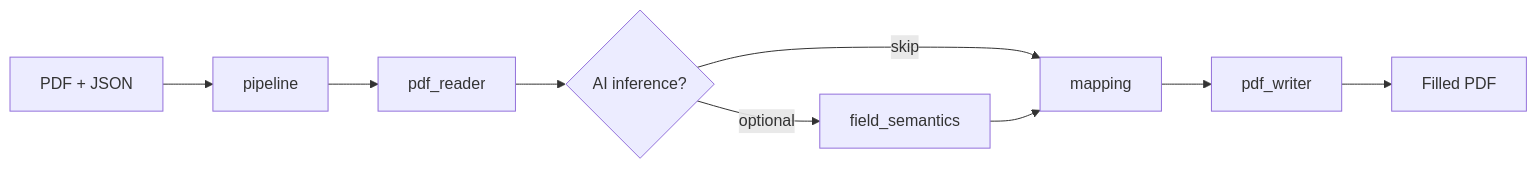
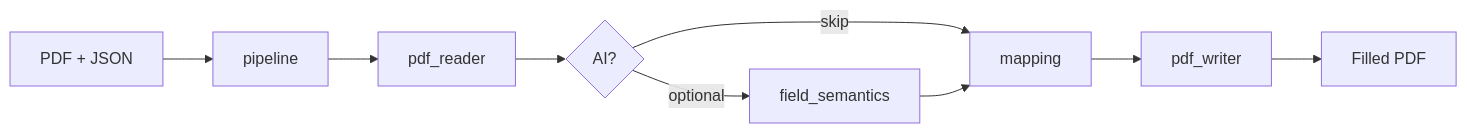
The diagram in README.md (lindseystead/ai-pdf-autofiller), drawn with Mermaid before and after one commit. The commit also changed other lines of this file and 9 other files, not shown here.

````diff
--- a/README.md
+++ b/README.md
@@ -151,11 +102,9 @@
 ```mermaid
 flowchart LR
     A[PDF + JSON] --> B[pipeline]
     B --> C[pdf_reader]
-    C --> D{AI inference?}
+    C --> D{AI?}
     D -->|optional| E[field_semantics]
     D -->|skip| F[mapping]
-    E --> F
-    F --> G[pdf_writer]
-    G --> H[Filled PDF]
+    E --> F --> G[pdf_writer] --> H[Filled PDF]
 ```
````
